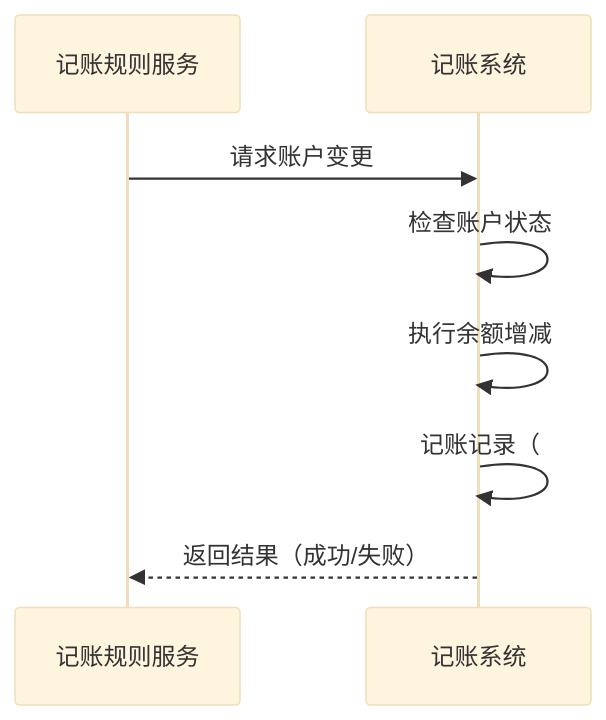
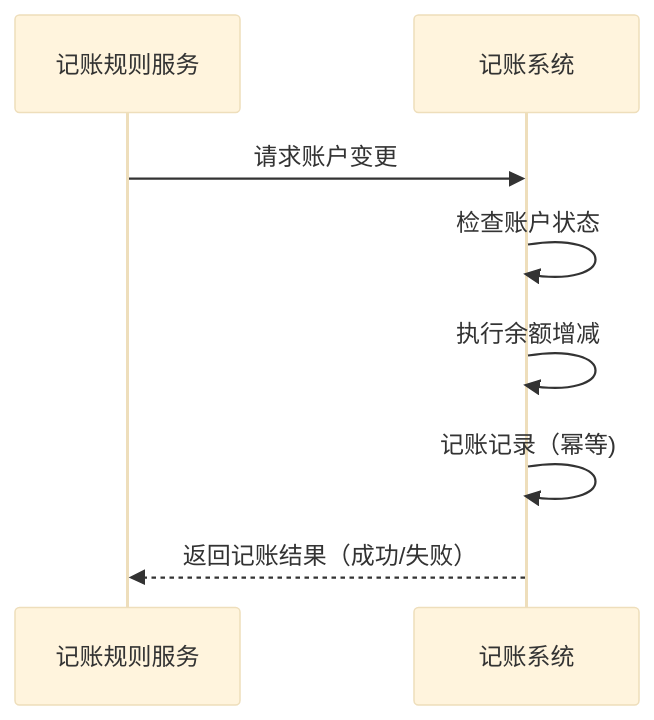
Before and after one commit to 87828943/iodraw-files: the diagram in all/记账操作.md, drawn with Mermaid (base theme).

Commit message:
2025-07-07 16:12:34 update

````diff
--- a/all/记账操作.md
+++ b/all/记账操作.md
@@ -1,10 +1,10 @@
 ```mermaid
 sequenceDiagram
     participant A as 记账规则服务
     participant B as 记账系统
     A->>B: 请求账户变更
     B->>B: 检查账户状态
     B->>B: 执行余额增减
-    B->>B: 记账记录（
-    B-->>A: 返回结果（成功/失败）
+    B->>B: 记账记录（幂等)
+    B-->>A: 返回记账结果（成功/失败）
 ```
````
